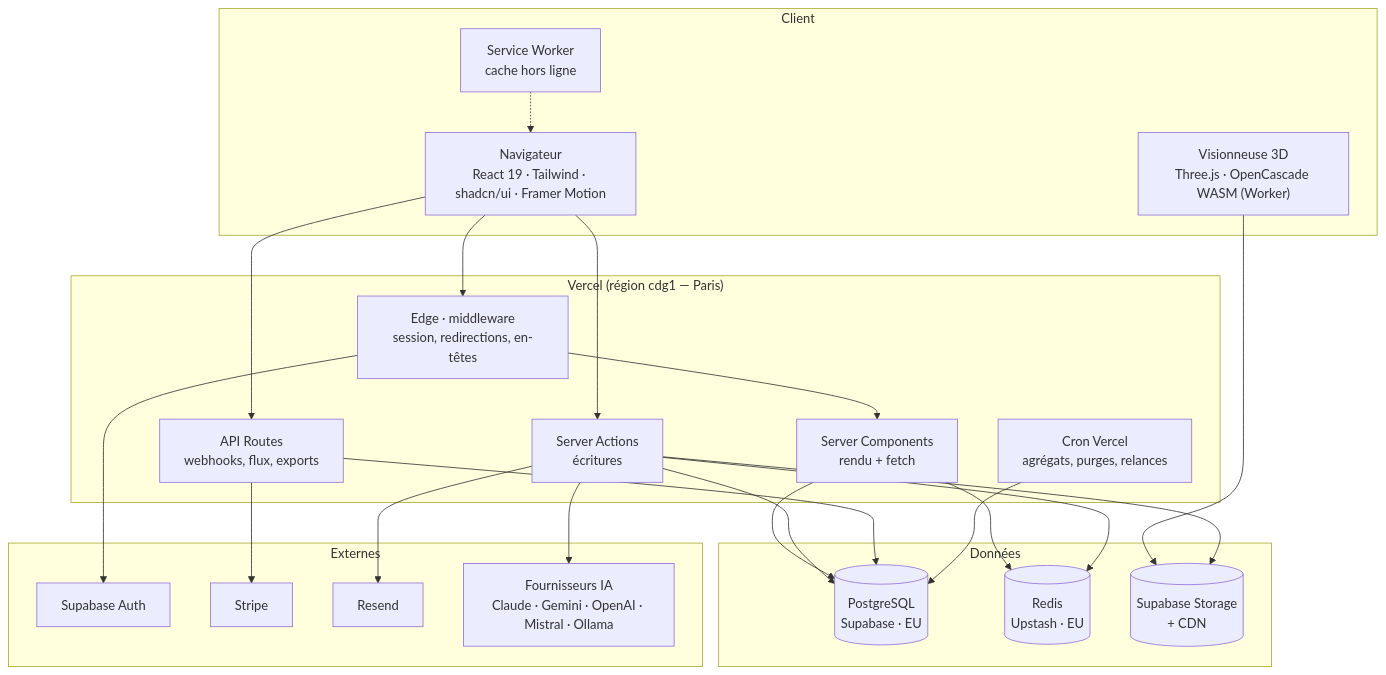
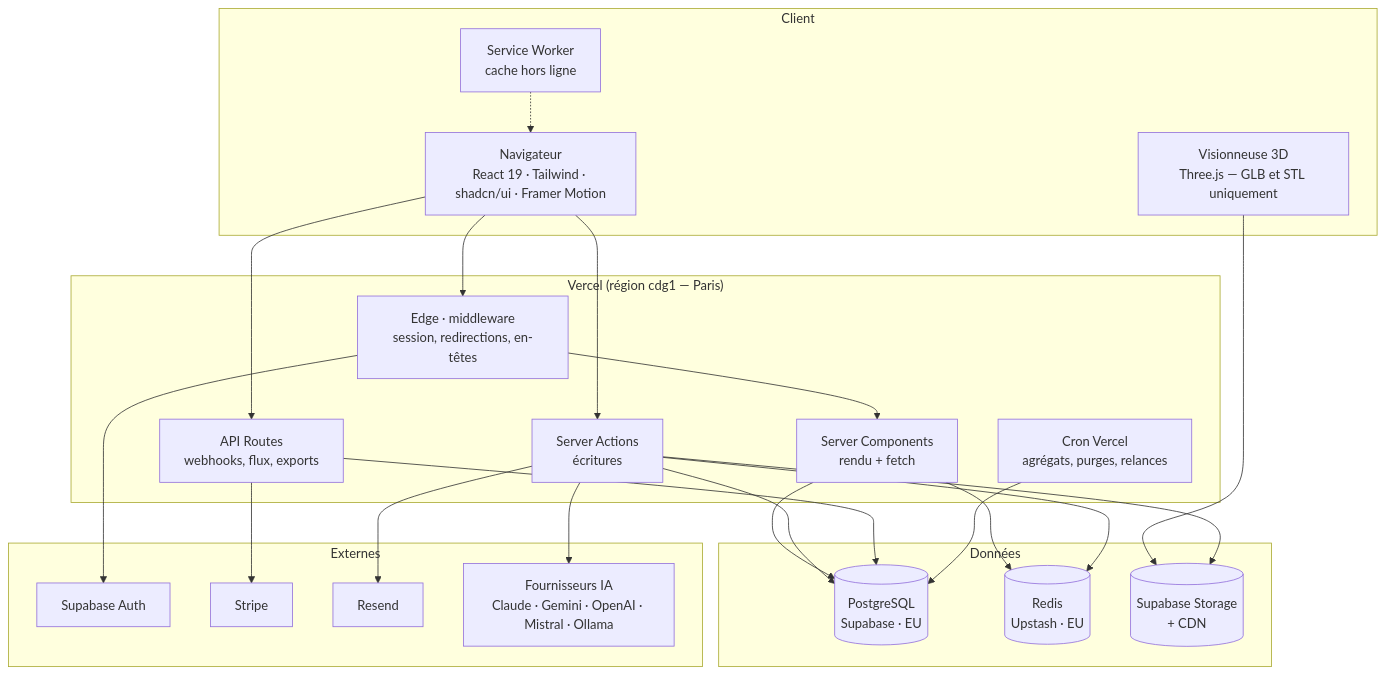
The first of 3 diagrams in docs/02-architecture-technique.md (170862100761/raai-apprendre), drawn with Mermaid before and after one commit. The commit also changed other lines of this file and 23 other files, not shown here.

````diff
--- a/docs/02-architecture-technique.md
+++ b/docs/02-architecture-technique.md
@@ -5,46 +5,46 @@
 ```mermaid
 flowchart TB
     subgraph Client
         NAV["Navigateur<br/>React 19 · Tailwind · shadcn/ui · Framer Motion"]
-        V3D["Visionneuse 3D<br/>Three.js · OpenCascade WASM (Worker)"]
+        V3D["Visionneuse 3D<br/>Three.js — GLB et STL uniquement"]
         SW["Service Worker<br/>cache hors ligne"]
     end
 
     subgraph Vercel["Vercel (région cdg1 — Paris)"]
         EDGE["Edge · middleware<br/>session, redirections, en-têtes"]
         RSC["Server Components<br/>rendu + fetch"]
         SA["Server Actions<br/>écritures"]
         API["API Routes<br/>webhooks, flux, exports"]
         CRON["Cron Vercel<br/>agrégats, purges, relances"]
     end
 
     subgraph Données
         PG[("PostgreSQL<br/>Supabase · EU")]
         REDIS[("Redis<br/>Upstash · EU")]
         STO[("Supabase Storage<br/>+ CDN")]
     end
 
     subgraph Externes
         AUTH[Supabase Auth]
         STRIPE[Stripe]
         RESEND[Resend]
         IA["Fournisseurs IA<br/>Claude · Gemini · OpenAI · Mistral · Ollama"]
     end
 
     NAV --> EDGE --> RSC
     NAV --> SA
     NAV --> API
     V3D --> STO
     SW -.-> NAV
     RSC --> PG
     RSC --> REDIS
     SA --> PG
     SA --> REDIS
     API --> PG
     CRON --> PG
     SA --> STO
     EDGE --> AUTH
     API --> STRIPE
     SA --> RESEND
     SA --> IA
 ```
````
